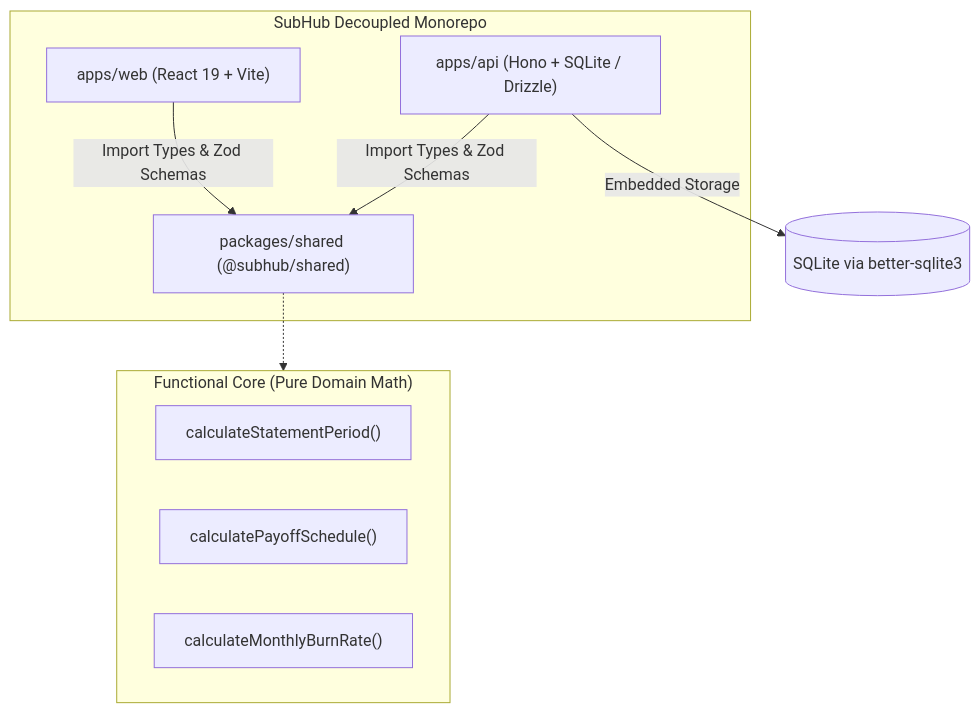
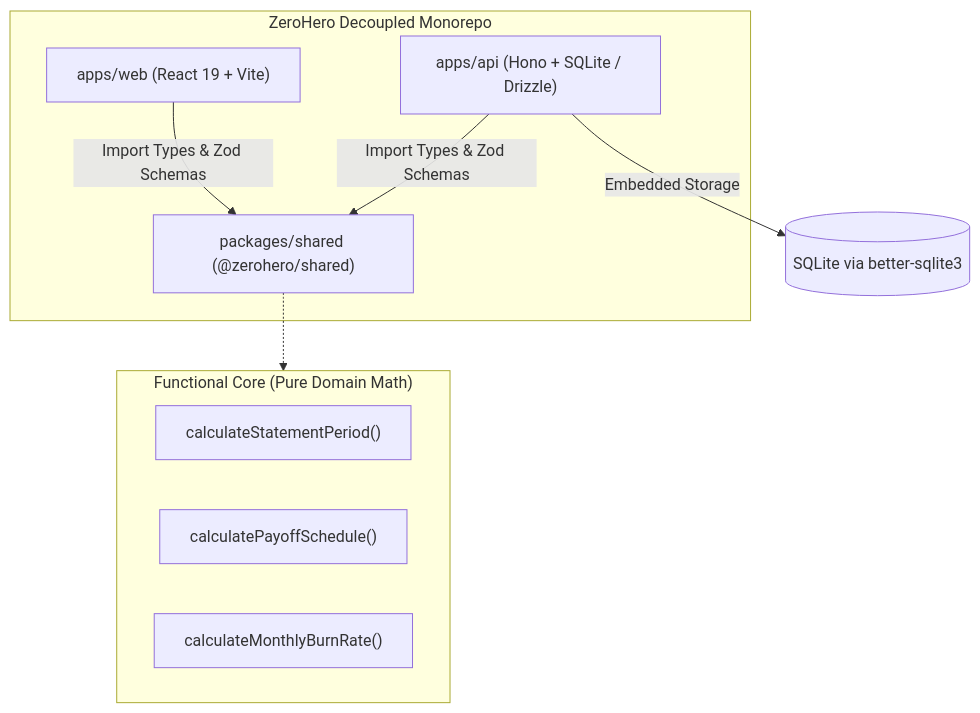
The diagram in README.md (lorrandavi/zerohero), drawn with Mermaid before and after one commit. The commit also changed other lines of this file and 9 other files, not shown here.

Commit message:
chore(rebrand): adopt ZeroHero as official project name

````diff
--- a/README.md
+++ b/README.md
@@ -43,20 +43,20 @@
 ```mermaid
 graph TD
-    subgraph Monorepo ["SubHub Decoupled Monorepo"]
+    subgraph Monorepo ["ZeroHero Decoupled Monorepo"]
         Web["apps/web (React 19 + Vite)"]
         API["apps/api (Hono + SQLite / Drizzle)"]
-        Shared["packages/shared (@subhub/shared)"]
+        Shared["packages/shared (@zerohero/shared)"]
     end
 
     Web -->|Import Types & Zod Schemas| Shared
     API -->|Import Types & Zod Schemas| Shared
     API -->|Embedded Storage| SQLite[(SQLite via better-sqlite3)]
     
     subgraph FunctionalCore ["Functional Core (Pure Domain Math)"]
         CalcCutoff["calculateStatementPeriod()"]
         CalcPayoff["calculatePayoffSchedule()"]
         CalcBurn["calculateMonthlyBurnRate()"]
     end
 
     Shared -.-> FunctionalCore
 ```
````
